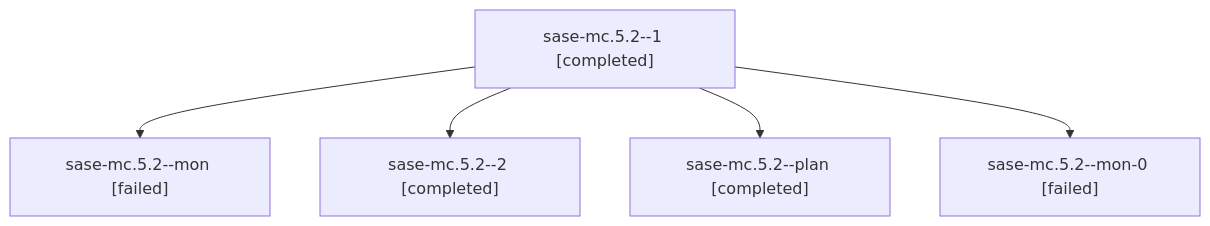
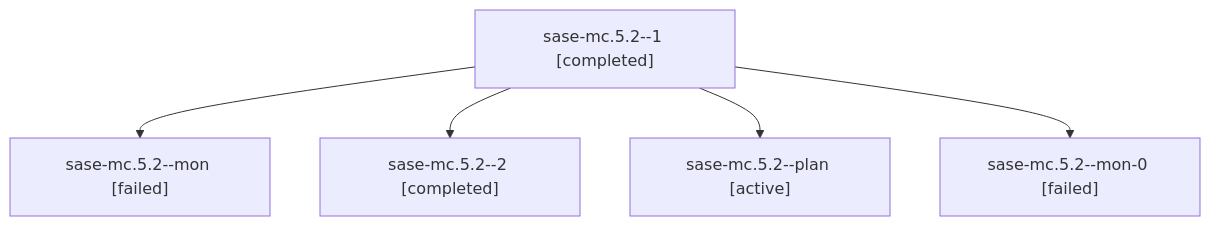
Before and after one commit to sase-org/sase--agents: the diagram in families/bbugyi200.athena.sase-mc.5.2.md, drawn with Mermaid. The commit also changed other lines of this file and 35830 other files, not shown here.

````diff
--- a/families/bbugyi200.athena.sase-mc.5.2.md
+++ b/families/bbugyi200.athena.sase-mc.5.2.md
@@ -9,12 +9,12 @@
 ```mermaid
 flowchart TD
   n0["sase-mc.5.2--1 [completed]"]
   n1["sase-mc.5.2--mon [failed]"]
   n0 --> n1
   n2["sase-mc.5.2--2 [completed]"]
   n0 --> n2
-  n3["sase-mc.5.2--plan [completed]"]
+  n3["sase-mc.5.2--plan [active]"]
   n0 --> n3
   n4["sase-mc.5.2--mon-0 [failed]"]
   n0 --> n4
 ```
````
